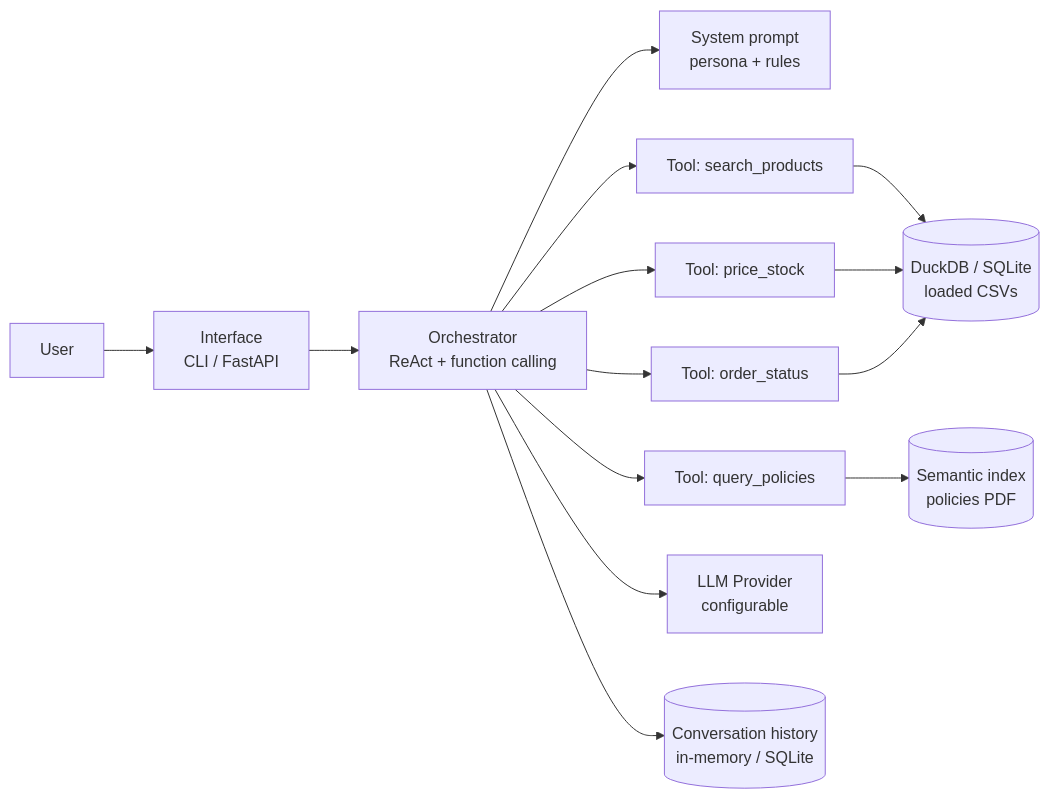
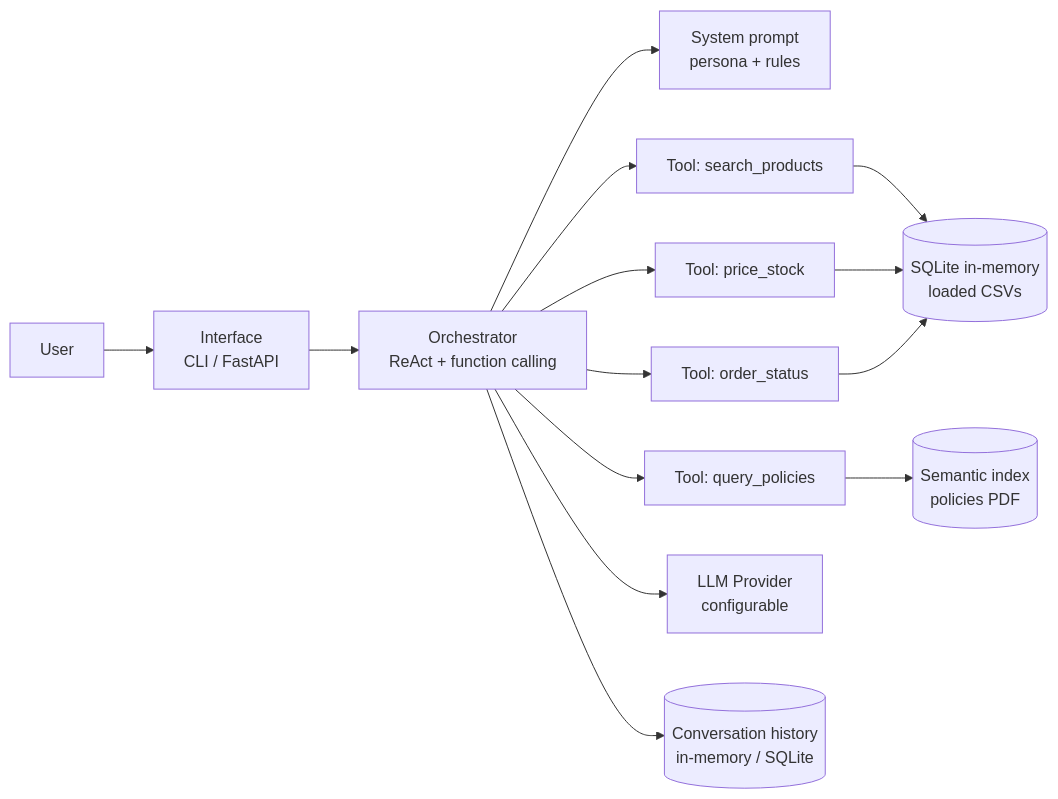
One commit to Dangerdrive/artefact_data_engineer_challenge changed the first of 2 diagrams in docs/architecture.md. Above: the diagram before and after it, drawn with Mermaid. The commit also changed other lines of this file and 10 other files, not shown here.

````diff
--- a/docs/architecture.md
+++ b/docs/architecture.md
@@ -9,14 +9,14 @@
 ```mermaid
 flowchart LR
     U[User] --> I[Interface<br/>CLI / FastAPI]
     I --> O[Orchestrator<br/>ReAct + function calling]
     O --> P[System prompt<br/>persona + rules]
     O --> T1[Tool: search_products]
     O --> T2[Tool: price_stock]
     O --> T3[Tool: order_status]
     O --> T4[Tool: query_policies]
-    T1 & T2 & T3 --> DB[(DuckDB / SQLite<br/>loaded CSVs)]
+    T1 & T2 & T3 --> DB[(SQLite in-memory<br/>loaded CSVs)]
     T4 --> V[(Semantic index<br/>policies PDF)]
     O --> L[LLM Provider<br/>configurable]
     O --> H[(Conversation history<br/>in-memory / SQLite)]
 ```
````
